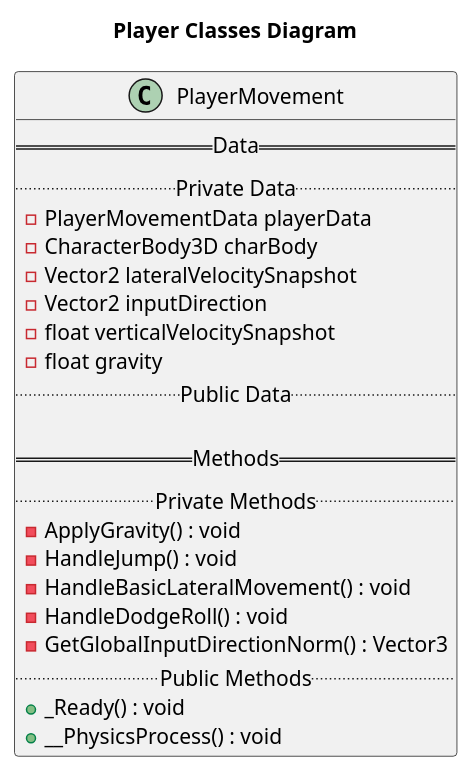
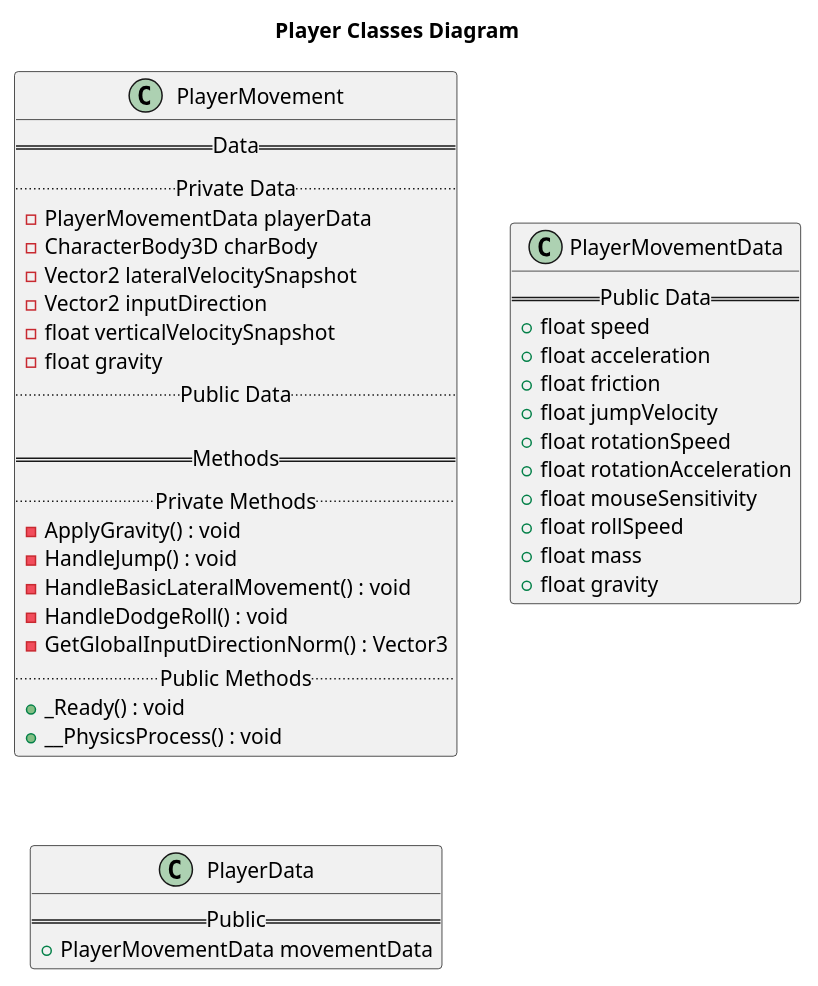
The diagram in Godot-Project/UML-Diagrams/src/Player-Classes.puml (kjtkanaly/Roguelike-Shoot-Em-Up), drawn with PlantUML before and after one commit.

Commit message:
Add a PlayerMovementData and Player Data class diagram info

```diff
--- a/Godot-Project/UML-Diagrams/src/Player-Classes.puml
+++ b/Godot-Project/UML-Diagrams/src/Player-Classes.puml
@@ -1,28 +1,47 @@
 @startuml Player Classes
 
 title Player Classes Diagram
 
 class PlayerMovement {
     == Data ==
     .. Private Data ..
     - PlayerMovementData playerData
     - CharacterBody3D charBody
     - Vector2 lateralVelocitySnapshot
     - Vector2 inputDirection
     - float verticalVelocitySnapshot
     - float gravity
     .. Public Data ..
 
     == Methods ==
     .. Private Methods ..
     - ApplyGravity() : void
     - HandleJump() : void
     - HandleBasicLateralMovement() : void
     - HandleDodgeRoll() : void
     - GetGlobalInputDirectionNorm() : Vector3
     .. Public Methods ..
     + _Ready() : void
     + __PhysicsProcess() : void
 }
 
+class PlayerMovementData {
+    == Public Data ==
+    + float speed
+    + float acceleration
+    + float friction
+    + float jumpVelocity
+    + float rotationSpeed
+    + float rotationAcceleration
+    + float mouseSensitivity
+    + float rollSpeed
+    + float mass
+    + float gravity
+}
+
+class PlayerData {
+    == Public ==
+    + PlayerMovementData movementData
+}
+
 @enduml
```
